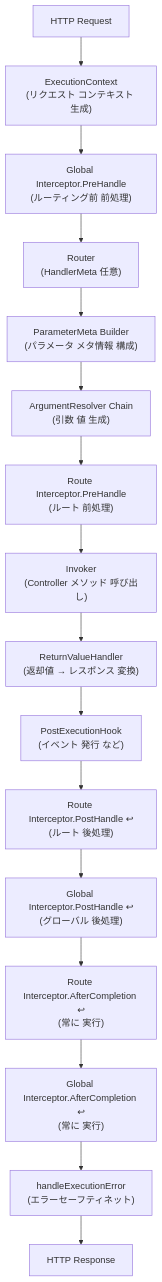
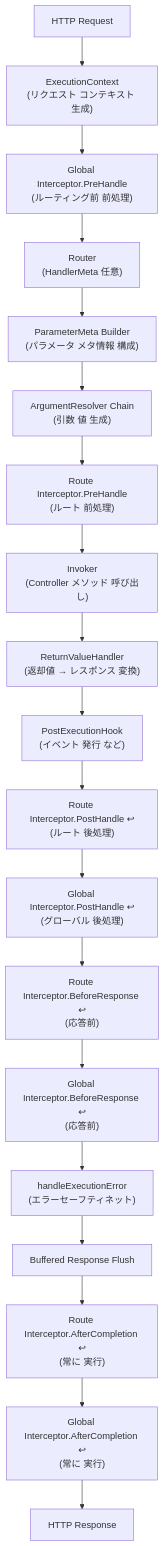
The diagram in docs/ja/learn/core-concepts/pipeline.md (NARUBROWN/spine-site), drawn with Mermaid before and after one commit. The commit also changed other lines of this file and 102 other files, not shown here.

````diff
--- a/docs/ja/learn/core-concepts/pipeline.md
+++ b/docs/ja/learn/core-concepts/pipeline.md
@@ -13,36 +13,42 @@
 ```mermaid
 graph TD
     Request["HTTP Request"]
     
     ExecutionContext["ExecutionContext<br>(リクエスト コンテキスト 生成)"]
     GlobalPre["Global Interceptor.PreHandle<br>(ルーティング前 前処理)"]
     Router["Router<br>(HandlerMeta 任意)"]
     ParamMeta["ParameterMeta Builder<br>(パラメータ メタ情報 構成)"]
     ArgResolver["ArgumentResolver Chain<br>(引数 値 生成)"]
     RoutePre["Route Interceptor.PreHandle<br>(ルート 前処理)"]
     Invoker["Invoker<br>(Controller メソッド 呼び出し)"]
     ReturnHandler["ReturnValueHandler<br>(返却値 → レスポンス 変換)"]
     PostHook["PostExecutionHook<br>(イベント 発行 など)"]
     RoutePost["Route Interceptor.PostHandle ↩<br>(ルート 後処理)"]
     GlobalPost["Global Interceptor.PostHandle ↩<br>(グローバル 後処理)"]
+    RouteBefore["Route Interceptor.BeforeResponse ↩<br>(応答前)"]
+    GlobalBefore["Global Interceptor.BeforeResponse ↩<br>(応答前)"]
+    Flush["Buffered Response Flush"]
     RouteAfter["Route Interceptor.AfterCompletion ↩<br>(常に 実行)"]
     GlobalAfter["Global Interceptor.AfterCompletion ↩<br>(常に 実行)"]
     ErrorHandler["handleExecutionError<br>(エラーセーフティネット)"]
     Response["HTTP Response"]
 
     Request --> ExecutionContext
     ExecutionContext --> GlobalPre
     GlobalPre --> Router
     Router --> ParamMeta
     ParamMeta --> ArgResolver
     ArgResolver --> RoutePre
     RoutePre --> Invoker
     Invoker --> ReturnHandler
     ReturnHandler --> PostHook
     PostHook --> RoutePost
     RoutePost --> GlobalPost
-    GlobalPost --> RouteAfter
+    GlobalPost --> RouteBefore
+    RouteBefore --> GlobalBefore
+    GlobalBefore --> ErrorHandler
+    ErrorHandler --> Flush
+    Flush --> RouteAfter
     RouteAfter --> GlobalAfter
-    GlobalAfter --> ErrorHandler
-    ErrorHandler --> Response
+    GlobalAfter --> Response
 ```
````
